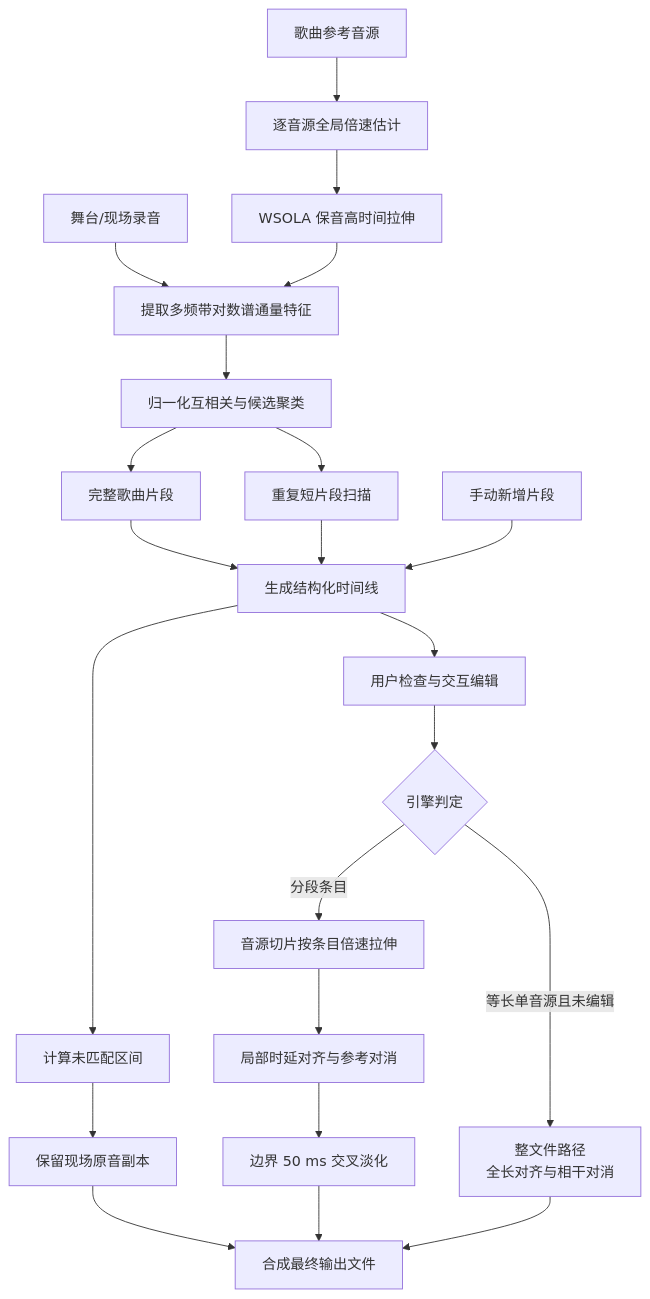
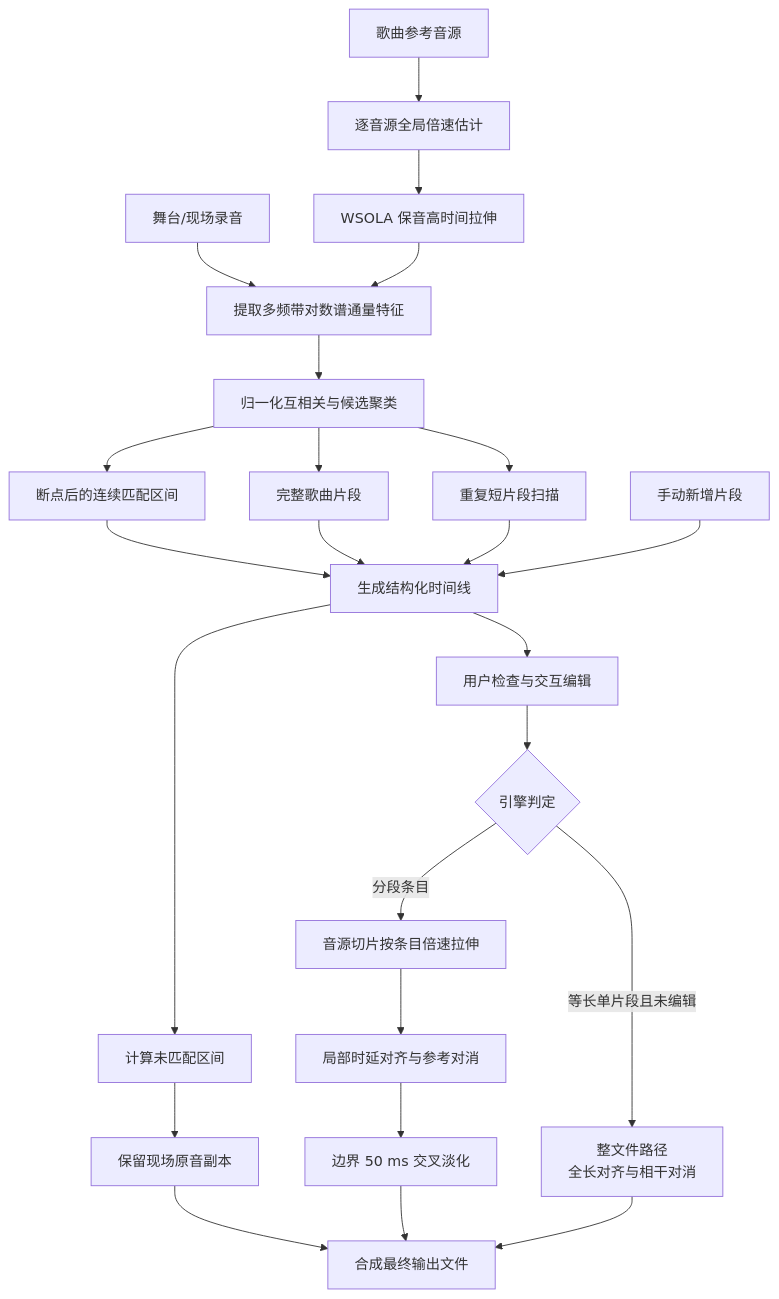
The diagram in docs/matching.md (ChouChiu/Purivox), drawn with Mermaid before and after one commit. The commit also changed other lines of this file and 46 other files, not shown here.

````diff
--- a/docs/matching.md
+++ b/docs/matching.md
@@ -24,24 +24,26 @@
 ```mermaid
 flowchart TB
     stage["舞台/现场录音"] --> feature["提取多频带对数谱通量特征"]
     sources["歌曲参考音源"] --> speed["逐音源全局倍速估计"]
     speed --> stretch["WSOLA 保音高时间拉伸"]
     stretch --> feature
     feature --> match["归一化互相关与候选聚类"]
     match --> song["完整歌曲片段"]
+    match --> sections["断点后的连续匹配区间"]
+    sections --> timeline
     match --> fragment["重复短片段扫描"]
     song --> timeline["生成结构化时间线"]
     fragment --> timeline
     manual["手动新增片段"] --> timeline
     timeline --> review["用户检查与交互编辑"]
     timeline --> unmatched["计算未匹配区间"]
     review --> engine{"引擎判定"}
-    engine -->|等长单音源且未编辑| whole["整文件路径<br/>全长对齐与相干对消"]
+    engine -->|等长单片段且未编辑| whole["整文件路径<br/>全长对齐与相干对消"]
     engine -->|分段条目| rescale["音源切片按条目倍速拉伸"]
     rescale --> cancel["局部时延对齐与参考对消"]
     cancel --> blend["边界 50 ms 交叉淡化"]
     unmatched --> original["保留现场原音副本"]
     original --> output["合成最终输出文件"]
     blend --> output
     whole --> output
 ```
````
